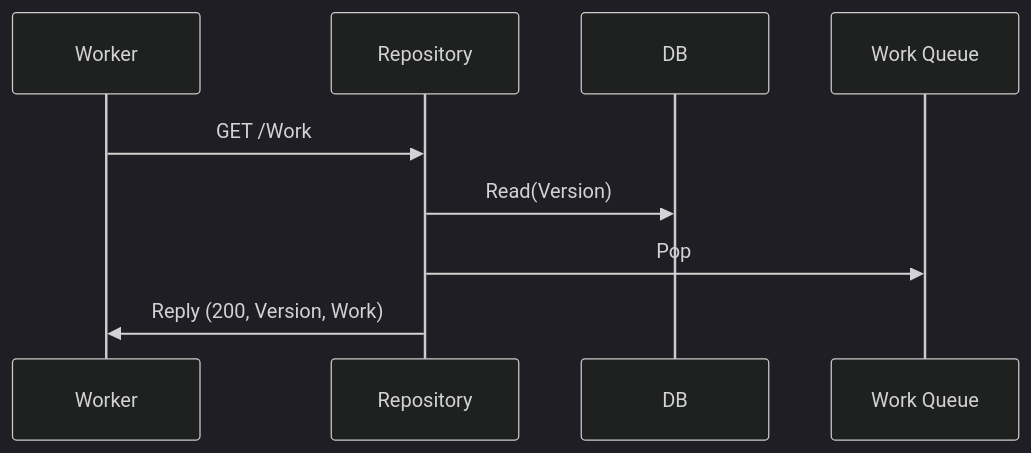
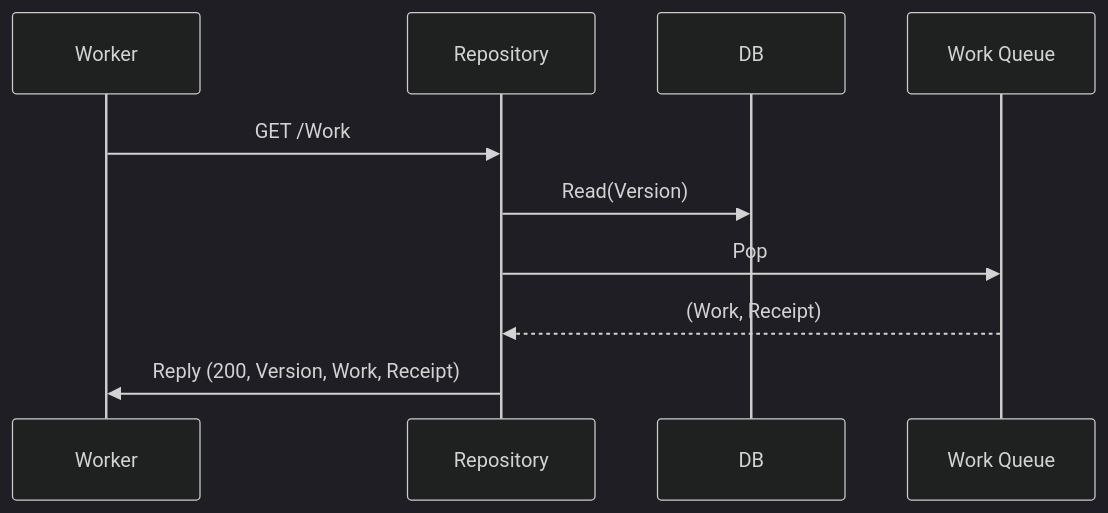
Before and after one commit to michaelrauh/crochet: the diagram in get_work.md, drawn with Mermaid (dark theme). The commit also changed 8 other files, not shown here.

Commit message:
move queuename to config and centralize setting of it - fix diagrams

````diff
--- a/get_work.md
+++ b/get_work.md
@@ -1,12 +1,13 @@
 ```mermaid
 sequenceDiagram
     participant Worker
     participant Repository
     participant DB 
     participant Work Queue
-
+ 
     Worker->>Repository: GET /Work
     Repository->>DB: Read(Version)
     Repository->>Work Queue: Pop
-    Repository->>Worker: Reply (200, Version, Work)  
-``` 
+    Work Queue-->>Repository: (Work, Receipt)
+    Repository->>Worker: Reply (200, Version, Work, Receipt)  
+```
````
